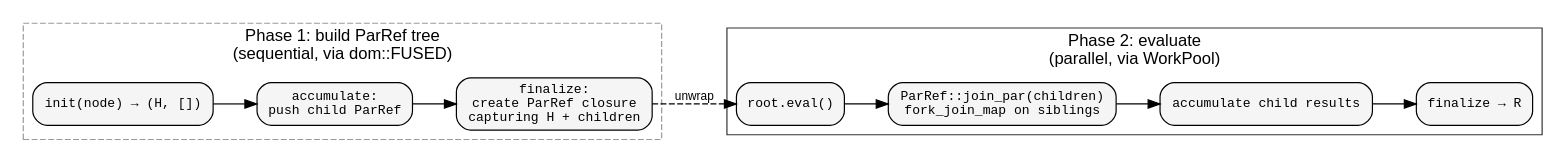
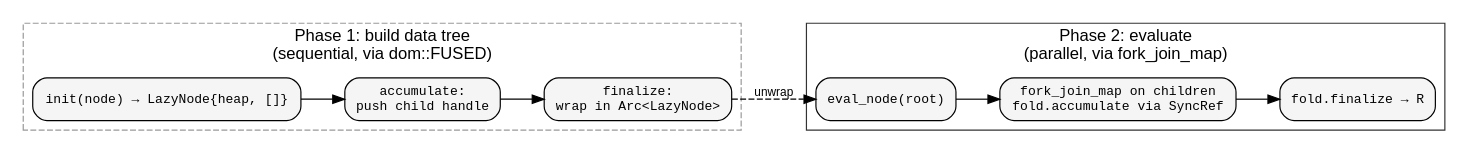
Before and after one commit to hylic-recursion/hylic-docs: the second of 3 diagrams in book/src/cookbook/parallel_execution.md, drawn with Graphviz. The commit also changed other lines of this file and 8 other files, not shown here.

````diff
--- a/book/src/cookbook/parallel_execution.md
+++ b/book/src/cookbook/parallel_execution.md
@@ -96,28 +95,27 @@
 ```dot process
 digraph {
     rankdir=LR;
     node [shape=box, style="rounded,filled", fillcolor="#f5f5f5", fontname="monospace", fontsize=11];
     edge [fontname="sans-serif", fontsize=10];
 
     subgraph cluster_p1 {
-        label="Phase 1: build ParRef tree\n(sequential, via dom::FUSED)";
+        label="Phase 1: build data tree\n(sequential, via dom::FUSED)";
         style=dashed; color="#999999"; fontname="sans-serif";
-        init1 [label="init(node) → (H, [])"];
-        acc1  [label="accumulate:\npush child ParRef"];
-        fin1  [label="finalize:\ncreate ParRef closure\ncapturing H + children"];
+        init1 [label="init(node) → LazyNode{heap, []}"];
+        acc1  [label="accumulate:\npush child handle"];
+        fin1  [label="finalize:\nwrap in Arc<LazyNode>"];
         init1 -> acc1 -> fin1;
     }
 
     subgraph cluster_p2 {
-        label="Phase 2: evaluate\n(parallel, via WorkPool)";
+        label="Phase 2: evaluate\n(parallel, via fork_join_map)";
         style=solid; color="#333333"; fontname="sans-serif";
-        eval [label="root.eval()"];
-        join [label="ParRef::join_par(children)\nfork_join_map on siblings"];
-        accf [label="accumulate child results"];
-        finf [label="finalize → R"];
-        eval -> join -> accf -> finf;
+        eval [label="eval_node(root)"];
+        join [label="fork_join_map on children\nfold.accumulate via SyncRef"];
+        finf [label="fold.finalize → R"];
+        eval -> join -> finf;
     }
 
     fin1 -> eval [style=dashed, label="unwrap"];
 }
 ```
````
